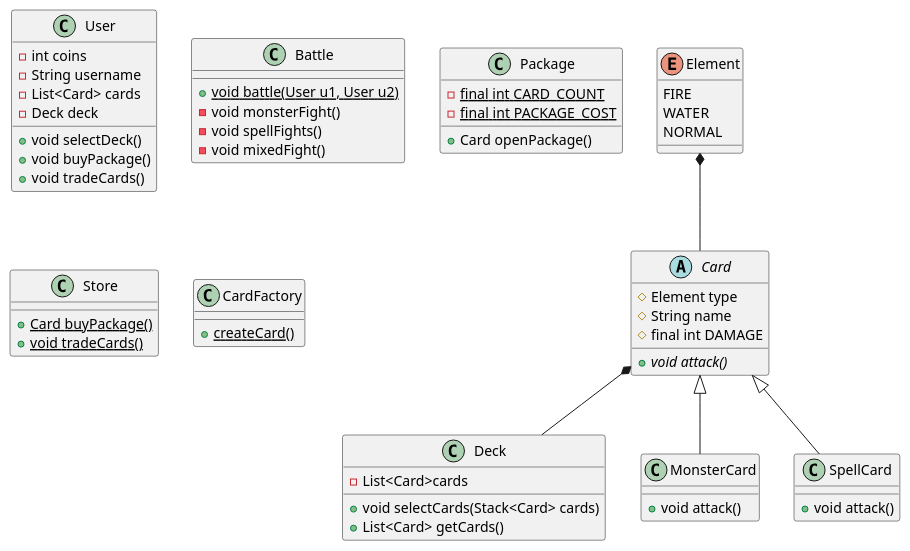
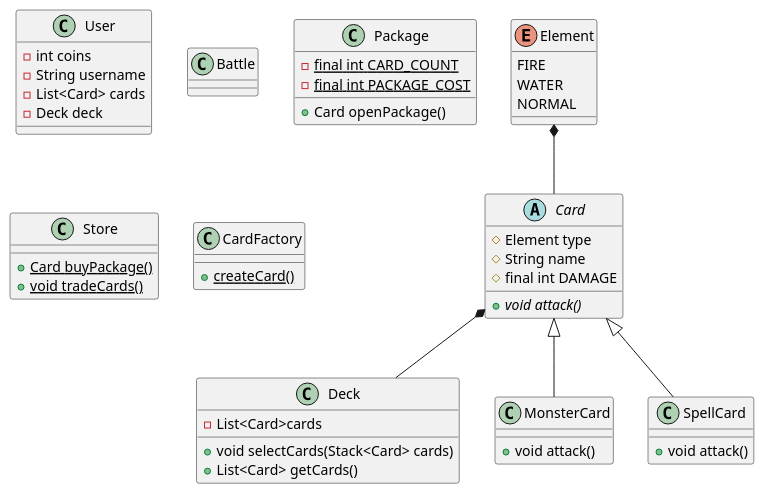
Before and after one commit to fh-technikum-heatwave/MonsterCardGame: the diagram in classdiagram.puml, drawn with PlantUML. The commit also changed 17 other files, not shown here.

```diff
--- a/classdiagram.puml
+++ b/classdiagram.puml
@@ -1,81 +1,74 @@
 @startuml
     
 Element *-- Card
 Card *-- Deck
 
 class User{
    -int coins
    -String username
    -List<Card> cards
    -Deck deck
 
-   +void selectDeck()
-   +void buyPackage()
-   +void tradeCards()
 }
 
 
 class Battle{
 
-    +{static}void battle(User u1, User u2)
-    -void monsterFight()
-    -void spellFights()
-    -void mixedFight()
 }
 
 
 
 
 abstract class Card{
     #Element type
     #String name
     #final int DAMAGE
 
     + {abstract}void attack()
 }
 
 class MonsterCard extends Card{
  +void attack()
 }
 
 class SpellCard extends Card{
  +void attack()
 }
 
 class Deck{
     -List<Card>cards
     +void selectCards(Stack<Card> cards)
     +List<Card> getCards()
 }
 
 
 
 class Package{
     - {static} final int CARD_COUNT
     - {static} final int PACKAGE_COST
 
     + Card openPackage()
    
 }
 
 class Store{
     +{static} Card buyPackage()
     +{static} void tradeCards()
 }
 
 
 class CardFactory{
     +{static} createCard()
 }
 
 enum Element{
     FIRE
     WATER
     NORMAL
 }
 
 
 
 
 
 @enduml
```
